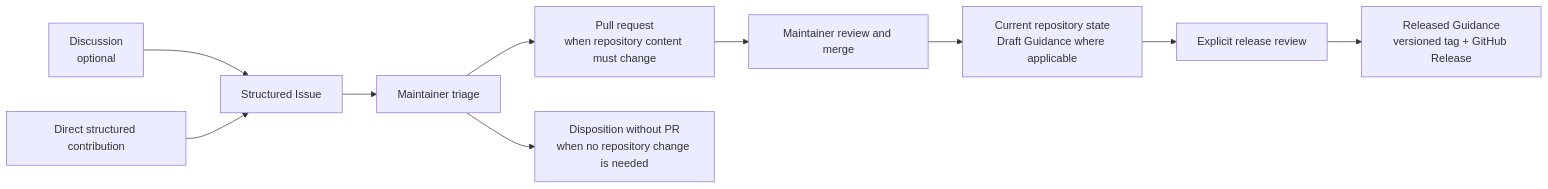
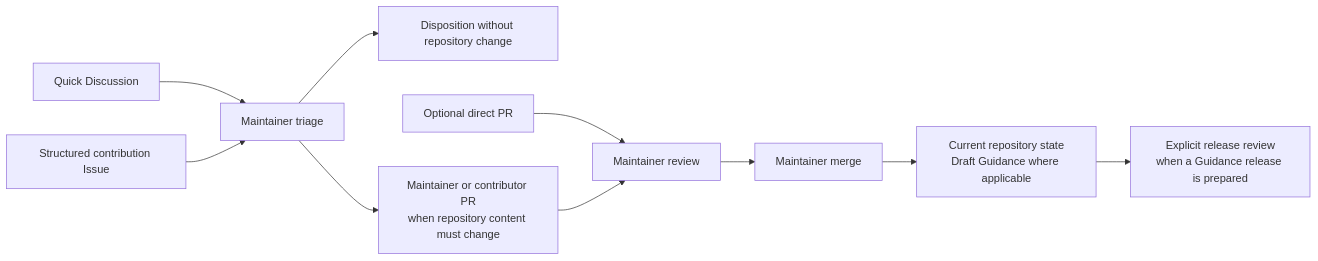
The first of 4 diagrams in GOVERNANCE.md (jvieille/ekr), drawn with Mermaid before and after one commit. The commit also changed other lines of this file, not shown here.

Commit message:
Make maintainer integration the default

````diff
--- a/GOVERNANCE.md
+++ b/GOVERNANCE.md
@@ -50,12 +54,12 @@
 ```mermaid
 flowchart LR
-    D["Discussion<br/>optional"] --> I[Structured Issue]
-    X[Direct structured contribution] --> I
-    I --> T[Maintainer triage]
-    T --> P["Pull request<br/>when repository content must change"]
-    T --> N["Disposition without PR<br/>when no repository change is needed"]
-    P --> M[Maintainer review and merge]
+    D["Quick Discussion"] --> T[Maintainer triage]
+    I["Structured contribution Issue"] --> T
+    T --> N["Disposition without repository change"]
+    T --> P["Maintainer or contributor PR<br/>when repository content must change"]
+    X["Optional direct PR"] --> R[Maintainer review]
+    P --> R
+    R --> M[Maintainer merge]
     M --> S["Current repository state<br/>Draft Guidance where applicable"]
-    S --> R[Explicit release review]
-    R --> G["Released Guidance<br/>versioned tag + GitHub Release"]
+    S --> G["Explicit release review<br/>when a Guidance release is prepared"]
 ```
````
